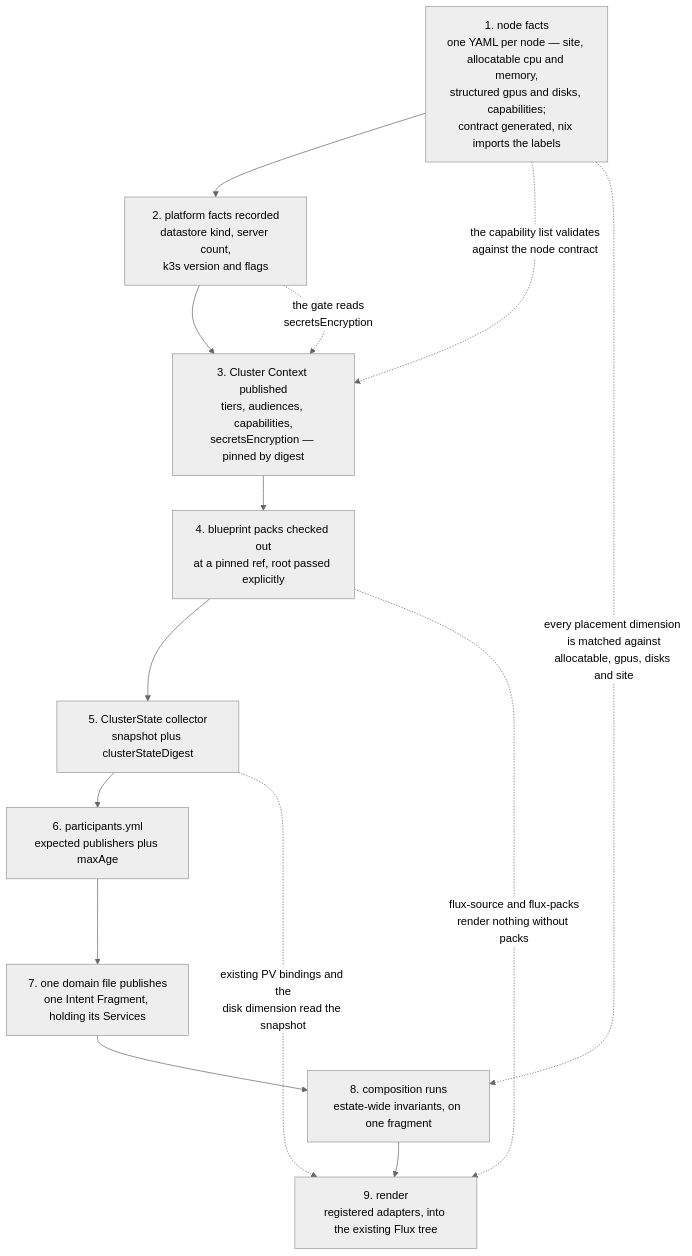
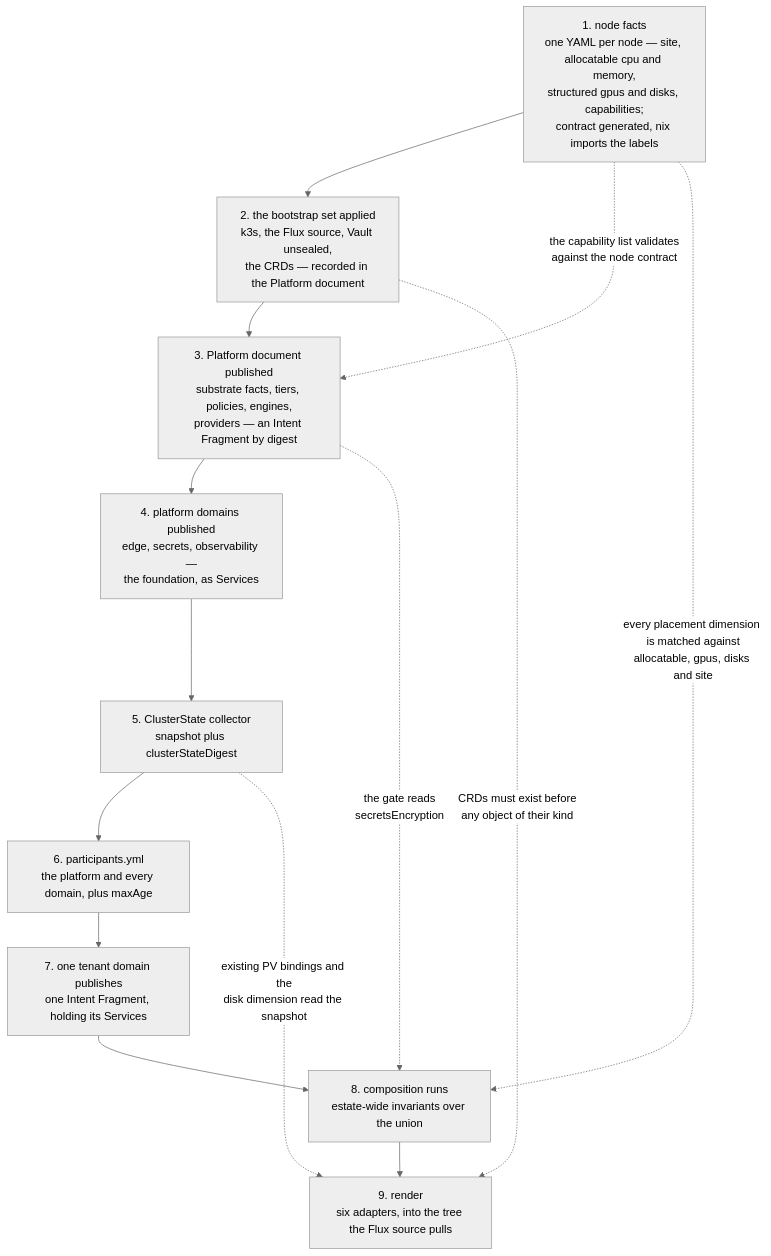
Before and after one commit to JorisJonkers-dev/deploy-kit: the diagram in spec/v1/60-setup.md, drawn with Mermaid (neutral theme). The commit also changed other lines of this file and 270 other files, not shown here.

First line of the commit message:
feat: Platform Intent, the twenty-six render gaps, and gates for all of it (#12)

````diff
--- a/spec/v1/60-setup.md
+++ b/spec/v1/60-setup.md
@@ -20,19 +539,19 @@
 ```mermaid
 flowchart TB
     A["1. node facts<br/>one YAML per node — site, allocatable cpu and memory,<br/>structured gpus and disks, capabilities;<br/>contract generated, nix imports the labels"]
-    B["2. platform facts recorded<br/>datastore kind, server count,<br/>k3s version and flags"]
-    C["3. Cluster Context published<br/>tiers, audiences, capabilities,<br/>secretsEncryption — pinned by digest"]
-    D["4. blueprint packs checked out<br/>at a pinned ref, root passed explicitly"]
+    B["2. the bootstrap set applied<br/>k3s, the Flux source, Vault unsealed,<br/>the CRDs — recorded in the Platform document"]
+    C["3. Platform document published<br/>substrate facts, tiers, policies, engines,<br/>providers — an Intent Fragment by digest"]
+    D["4. platform domains published<br/>edge, secrets, observability —<br/>the foundation, as Services"]
     E["5. ClusterState collector<br/>snapshot plus clusterStateDigest"]
-    F["6. participants.yml<br/>expected publishers plus maxAge"]
-    G["7. one domain file publishes<br/>one Intent Fragment, holding its Services"]
-    H["8. composition runs<br/>estate-wide invariants, on one fragment"]
-    I["9. render<br/>registered adapters, into the existing Flux tree"]
+    F["6. participants.yml<br/>the platform and every domain, plus maxAge"]
+    G["7. one tenant domain publishes<br/>one Intent Fragment, holding its Services"]
+    H["8. composition runs<br/>estate-wide invariants over the union"]
+    I["9. render<br/>six adapters, into the tree the Flux source pulls"]
 
     A --> B --> C --> D --> E --> F --> G --> H --> I
     A -.->|"the capability list validates<br/>against the node contract"| C
     A -.->|"every placement dimension is matched against<br/>allocatable, gpus, disks and site"| H
-    B -.->|"the gate reads<br/>secretsEncryption"| C
-    D -.->|"flux-source and flux-packs<br/>render nothing without packs"| I
+    B -.->|"CRDs must exist before<br/>any object of their kind"| I
+    C -.->|"the gate reads<br/>secretsEncryption"| H
     E -.->|"existing PV bindings and the<br/>disk dimension read the snapshot"| I
 ```
````
